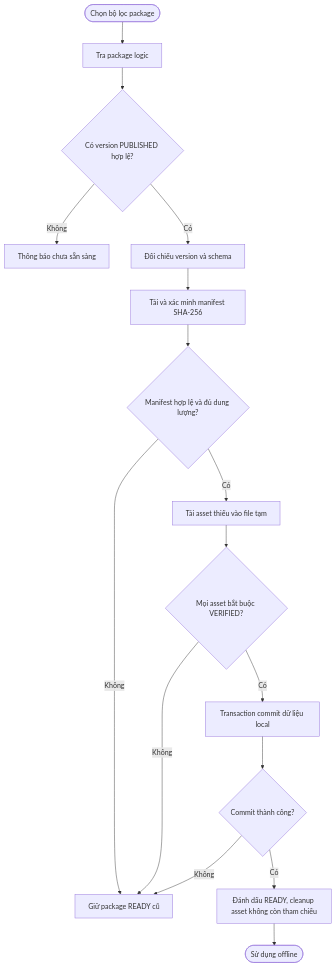
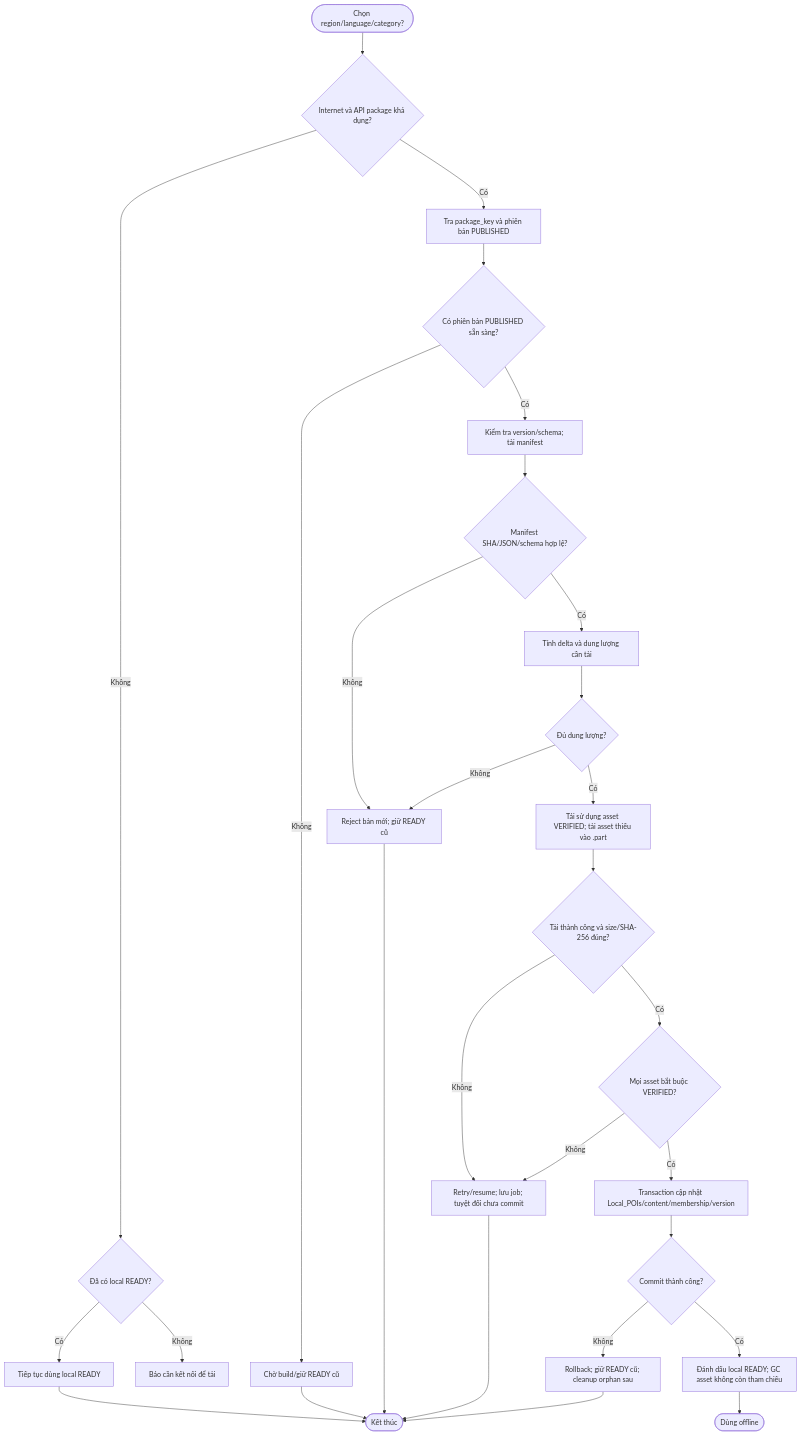
Before and after one commit to Ko4rut/multilingual-narration-backend: the diagram in docs/use-case/ft-m07-offline-content.md, drawn with Mermaid. The commit also changed other lines of this file, not shown here.

Commit message:
docs(use-case): complete alternative/exception paths for ft-m07-offline-content

````diff
--- a/docs/use-case/ft-m07-offline-content.md
+++ b/docs/use-case/ft-m07-offline-content.md
@@ -36,18 +39,25 @@
 ```mermaid
 flowchart TD
-    A([Chọn bộ lọc package]) --> B[Tra package logic]
-    B --> C{Có version PUBLISHED hợp lệ?}
-    C -- Không --> X[Thông báo chưa sẵn sàng]
-    C -- Có --> D[Đối chiếu version và schema]
-    D --> E[Tải và xác minh manifest SHA-256]
-    E --> F{Manifest hợp lệ và đủ dung lượng?}
-    F -- Không --> Y[Giữ package READY cũ]
-    F -- Có --> G[Tải asset thiếu vào file tạm]
-    G --> H{Mọi asset bắt buộc VERIFIED?}
-    H -- Không --> Y
-    H -- Có --> I[Transaction commit dữ liệu local]
-    I --> J{Commit thành công?}
-    J -- Không --> Y
-    J -- Có --> K[Đánh dấu READY, cleanup asset không còn tham chiếu]
-    K --> L([Sử dụng offline])
+ A([Chọn region/language/category?]) --> B{Internet và API package khả dụng?}
+ B -- Không --> C{Đã có local READY?}
+ C -- Có --> D[Tiếp tục dùng local READY] --> Z([Kết thúc])
+ C -- Không --> X[Báo cần kết nối để tải]
+ B -- Có --> E[Tra package_key và phiên bản PUBLISHED]
+ E --> F{Có phiên bản PUBLISHED sẵn sàng?}
+ F -- Không --> G[Chờ build/giữ READY cũ] --> Z
+ F -- Có --> H[Kiểm tra version/schema; tải manifest]
+ H --> I{Manifest SHA/JSON/schema hợp lệ?}
+ I -- Không --> J[Reject bản mới; giữ READY cũ] --> Z
+ I -- Có --> K[Tính delta và dung lượng cần tải]
+ K --> L{Đủ dung lượng?}
+ L -- Không --> J
+ L -- Có --> M[Tái sử dụng asset VERIFIED; tải asset thiếu vào .part]
+ M --> N{Tải thành công và size/SHA-256 đúng?}
+ N -- Không --> O[Retry/resume; lưu job; tuyệt đối chưa commit] --> Z
+ N -- Có --> P{Mọi asset bắt buộc VERIFIED?}
+ P -- Không --> O
+ P -- Có --> Q[Transaction cập nhật Local_POIs/content/membership/version]
+ Q --> R{Commit thành công?}
+ R -- Không --> S[Rollback; giữ READY cũ; cleanup orphan sau] --> Z
+ R -- Có --> T[Đánh dấu local READY; GC asset không còn tham chiếu] --> U([Dùng offline])
 ```
````
